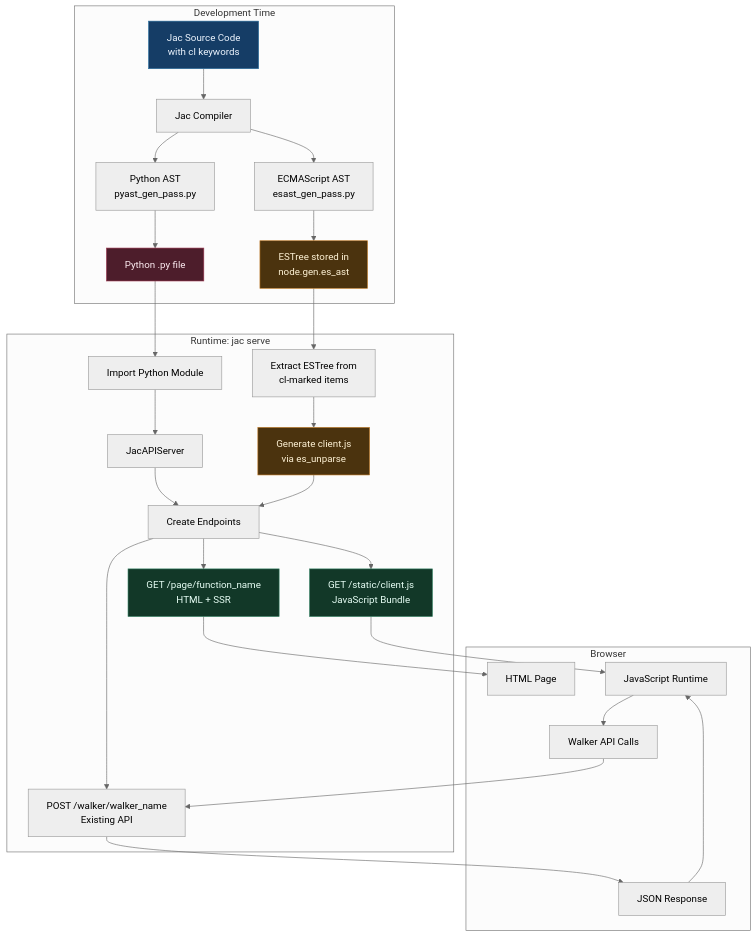
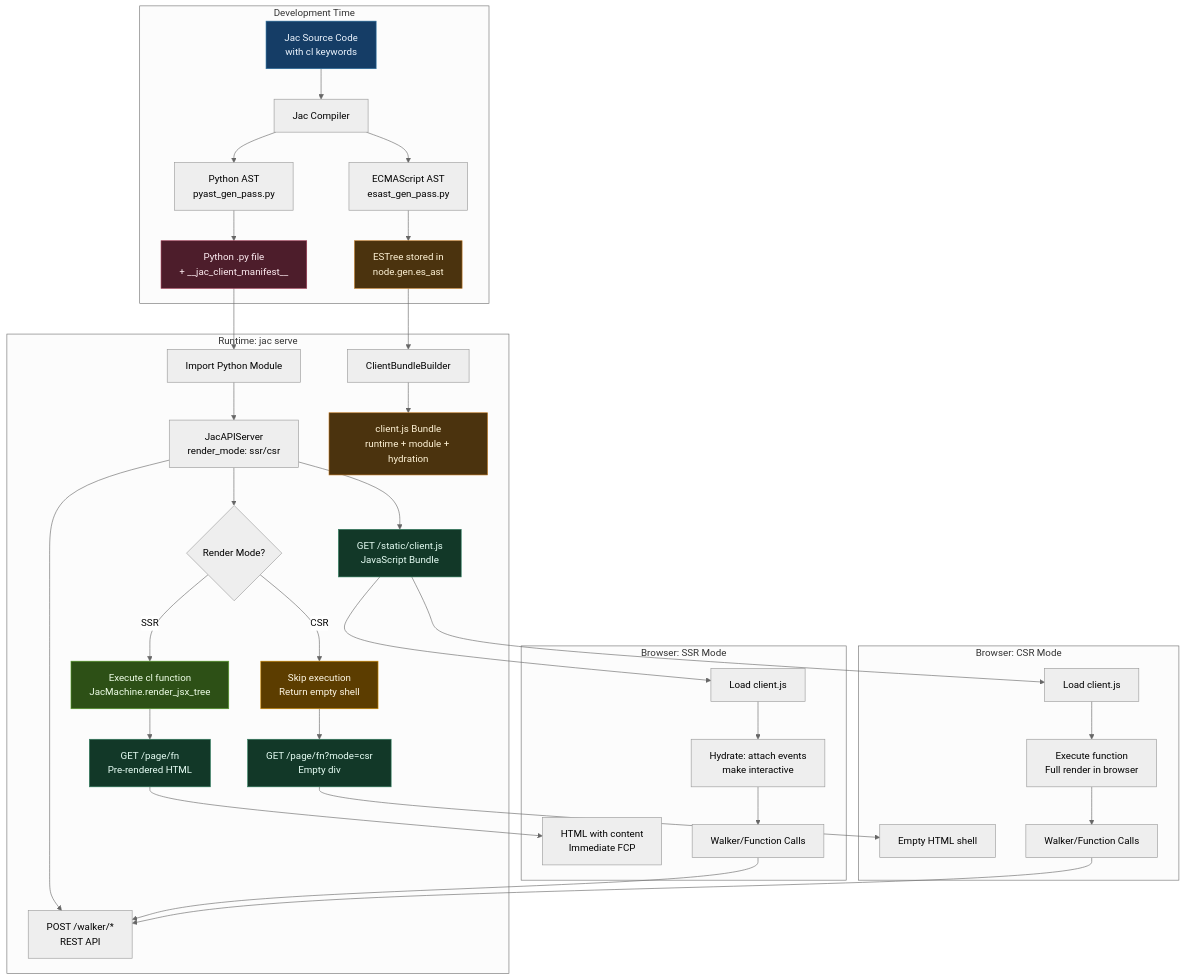
Before and after one commit to specialized806/jaseci: the first of 3 diagrams in jac/docs/jsx_webpage_generation_design.md, drawn with Mermaid (neutral theme). The commit also changed other lines of this file and 4 other files, not shown here.

````diff
--- a/jac/docs/jsx_webpage_generation_design.md
+++ b/jac/docs/jsx_webpage_generation_design.md
@@ -9,39 +11,53 @@
 ```mermaid
 graph TB
     subgraph "Development Time"
         A[Jac Source Code<br/>with cl keywords] --> B[Jac Compiler]
         B --> C[Python AST<br/>pyast_gen_pass.py]
         B --> D[ECMAScript AST<br/>esast_gen_pass.py]
-        C --> E[Python .py file]
+        C --> E[Python .py file<br/>+ __jac_client_manifest__]
         D --> F[ESTree stored in<br/>node.gen.es_ast]
     end
 
     subgraph "Runtime: jac serve"
         E --> G[Import Python Module]
-        F --> H[Extract ESTree from<br/>cl-marked items]
-        G --> I[JacAPIServer]
-        H --> J[Generate client.js<br/>via es_unparse]
-        I --> K[Create Endpoints]
-        J --> K
+        F --> H[ClientBundleBuilder]
+        G --> I[JacAPIServer<br/>render_mode: ssr/csr]
+        H --> J[client.js Bundle<br/>runtime + module + hydration]
 
-        K --> L[GET /page/function_name<br/>HTML + SSR]
-        K --> M[GET /static/client.js<br/>JavaScript Bundle]
-        K --> N[POST /walker/walker_name<br/>Existing API]
+        I --> K{Render Mode?}
+        K -->|SSR| L[Execute cl function<br/>JacMachine.render_jsx_tree]
+        K -->|CSR| M[Skip execution<br/>Return empty shell]
+
+        L --> N[GET /page/fn<br/>Pre-rendered HTML]
+        M --> O[GET /page/fn?mode=csr<br/>Empty div]
+
+        I --> P[GET /static/client.js<br/>JavaScript Bundle]
+        I --> Q[POST /walker/*<br/>REST API]
     end
 
-    subgraph "Browser"
-        L --> O[HTML Page]
-        M --> P[JavaScript Runtime]
-        P --> Q[Walker API Calls]
-        Q --> N
-        N --> R[JSON Response]
-        R --> P
+    subgraph "Browser: SSR Mode"
+        N --> R[HTML with content<br/>Immediate FCP]
+        P --> S[Load client.js]
+        S --> T[Hydrate: attach events<br/>make interactive]
+        T --> U[Walker/Function Calls]
+        U --> Q
+    end
+
+    subgraph "Browser: CSR Mode"
+        O --> V[Empty HTML shell]
+        P --> W[Load client.js]
+        W --> X[Execute function<br/>Full render in browser]
+        X --> Y[Walker/Function Calls]
+        Y --> Q
     end
 
     style A fill:#153d66,stroke:#2a6f9f,color:#eef6ff
     style E fill:#4d1d2b,stroke:#9c3650,color:#ffeef3
     style F fill:#4b330e,stroke:#c27b27,color:#fff3d6
     style J fill:#4b330e,stroke:#c27b27,color:#fff3d6
-    style L fill:#123828,stroke:#2f7d5e,color:#e8fff6
-    style M fill:#123828,stroke:#2f7d5e,color:#e8fff6
+    style L fill:#2d5016,stroke:#5a9e2b,color:#f0ffe8
+    style M fill:#5c3d00,stroke:#d48e00,color:#fff8e5
+    style N fill:#123828,stroke:#2f7d5e,color:#e8fff6
+    style O fill:#123828,stroke:#2f7d5e,color:#e8fff6
+    style P fill:#123828,stroke:#2f7d5e,color:#e8fff6
 ```
````
